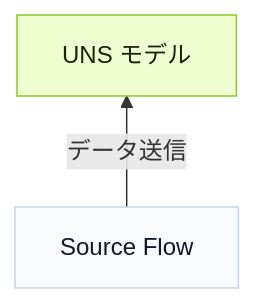
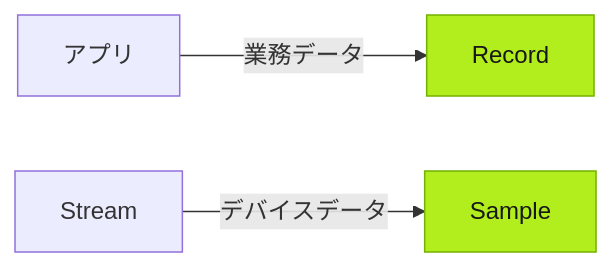
The second of 3 diagrams in src/content/docs/ja/using-tier0/preparing-data-foundation.mdx (FREEZONEX/Tier0-docs-site), drawn with Mermaid before and after one commit. The commit also changed other lines of this file and 98 other files, not shown here.

````diff
--- a/src/content/docs/ja/using-tier0/preparing-data-foundation.mdx
+++ b/src/content/docs/ja/using-tier0/preparing-data-foundation.mdx
@@ -13,12 +44,7 @@
 ```mermaid
-flowchart BT
-  uns["UNS モデル"]
-  flow["Source Flow"]
-
-  flow -->|"データ送信"| uns
-
-  classDef t0accent fill:#EFFFD2,stroke:#8AC926,stroke-width:1px,color:#18230B
-  classDef t0node fill:#F8FAFC,stroke:#CBD5E1,stroke-width:1px,color:#111827
-  class uns t0accent
-  class flow t0node
+flowchart LR
+  app["アプリ"] -->|"業務データ"| record["Record"]
+  stream["Stream"] -->|"デバイスデータ"| sample["Sample"]
+  classDef t0accent fill:#B2ED1D,stroke:#73B200,color:#171717
+  class record,sample t0accent
 ```
````
